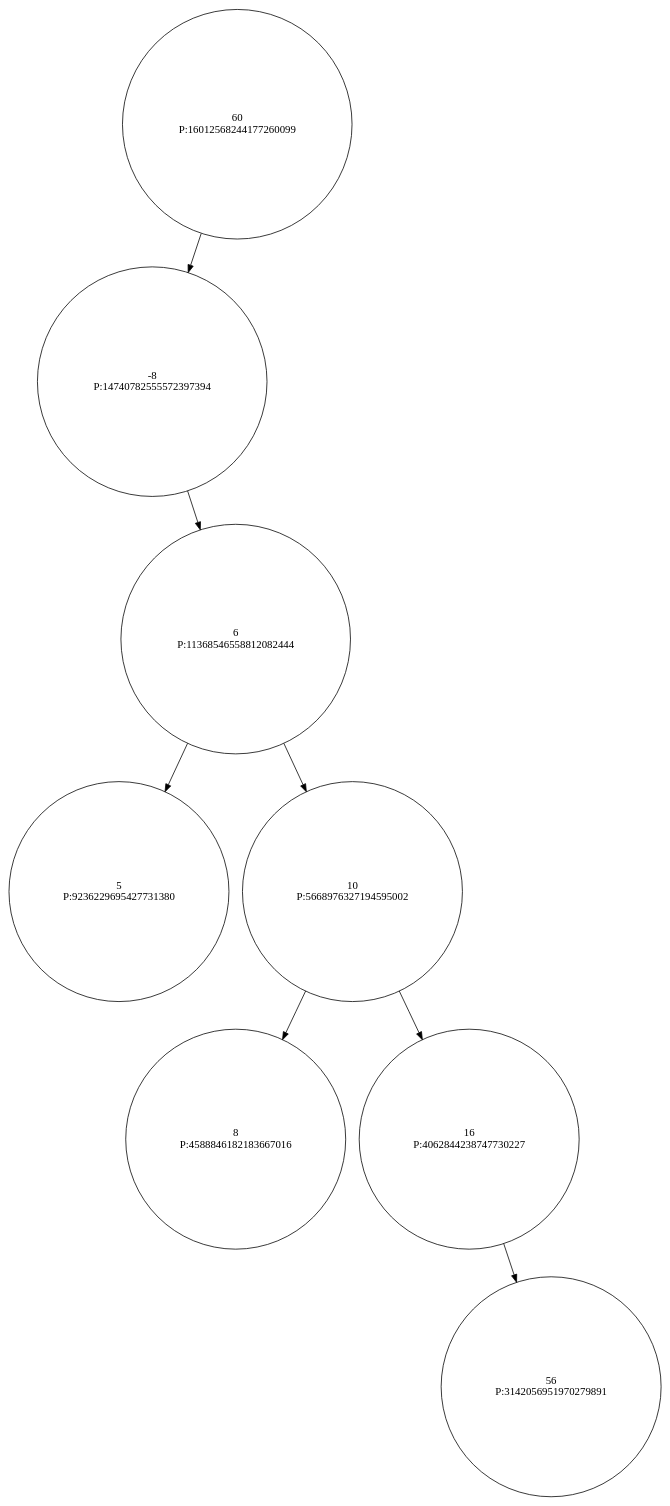
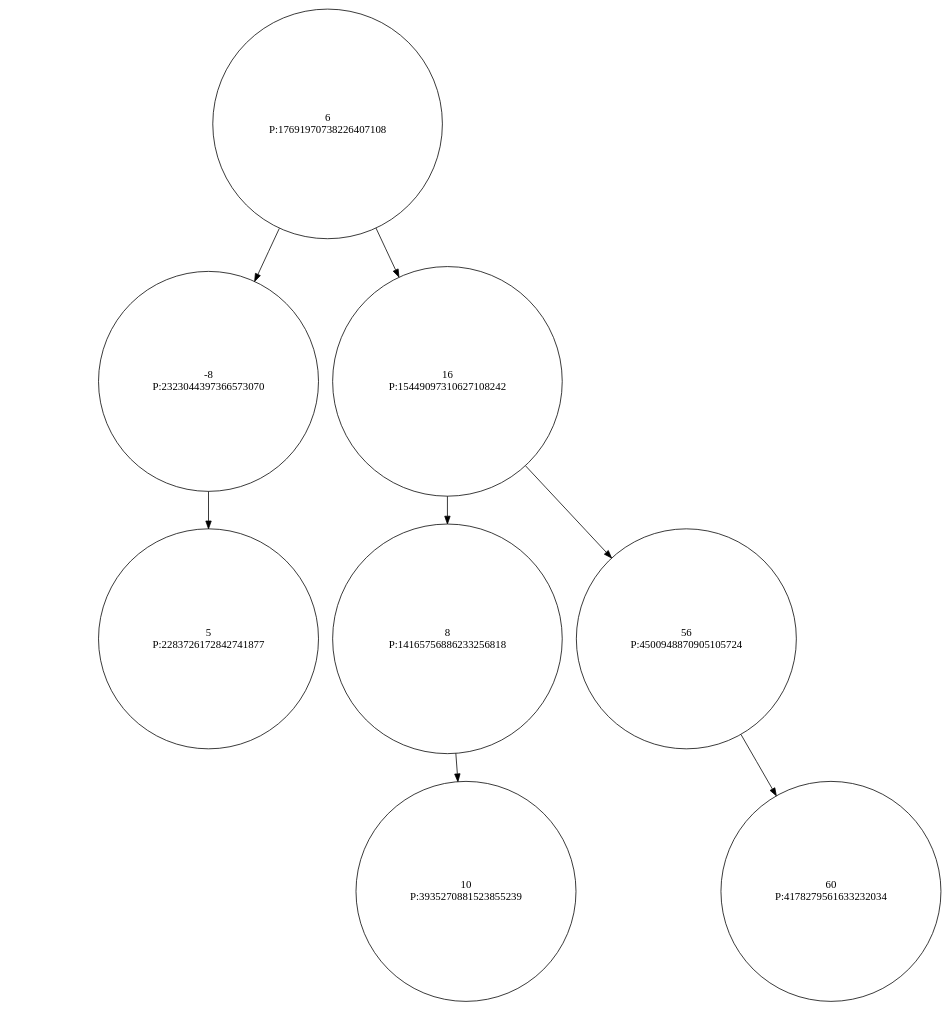
One commit to Ritaa-Marie/Trabalho-Arvores-AEDES2 changed the diagram in data/output/dot/treap2.dot. Above: the diagram before and after it, drawn with Graphviz. The commit also changed 15 other files, not shown here.

```diff
--- a/data/output/dot/treap2.dot
+++ b/data/output/dot/treap2.dot
@@ -1,24 +1,24 @@
 digraph Treap {
    node [shape=circle];
-  60 [label="60\nP:16012568244177260099"];
-  "60" -> "-8";
-  -8 [label="-8\nP:14740782555572397394"];
+  6 [label="6\nP:17691970738226407108"];
+  "6" -> "-8";
+  -8 [label="-8\nP:2323044397366573070"];
   "null_l_-8" [style=invis];
   "-8" -> "null_l_-8" [style=invis];
-  "-8" -> "6";
-  6 [label="6\nP:11368546558812082444"];
-  "6" -> "5";
-  5 [label="5\nP:9236229695427731380"];
-  "6" -> "10";
-  10 [label="10\nP:5668976327194595002"];
-  "10" -> "8";
-  8 [label="8\nP:4588846182183667016"];
-  "10" -> "16";
-  16 [label="16\nP:4062844238747730227"];
-  "null_l_16" [style=invis];
-  "16" -> "null_l_16" [style=invis];
+  "-8" -> "5";
+  5 [label="5\nP:2283726172842741877"];
+  "6" -> "16";
+  16 [label="16\nP:15449097310627108242"];
+  "16" -> "8";
+  8 [label="8\nP:14165756886233256818"];
+  "null_l_8" [style=invis];
+  "8" -> "null_l_8" [style=invis];
+  "8" -> "10";
+  10 [label="10\nP:3935270881523855239"];
   "16" -> "56";
-  56 [label="56\nP:3142056951970279891"];
-  "null_r_60" [style=invis];
-  "60" -> "null_r_60" [style=invis];
+  56 [label="56\nP:4500948870905105724"];
+  "null_l_56" [style=invis];
+  "56" -> "null_l_56" [style=invis];
+  "56" -> "60";
+  60 [label="60\nP:4178279561633232034"];
 }
```
